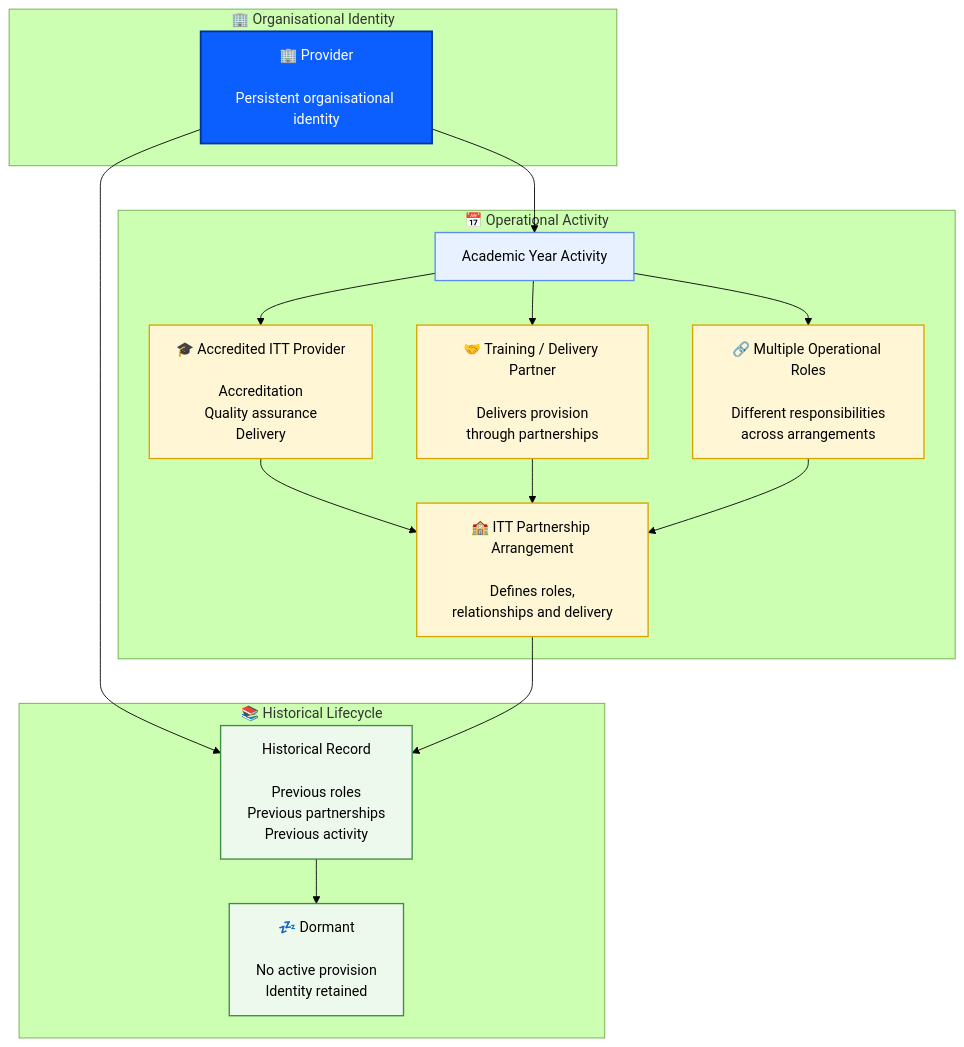
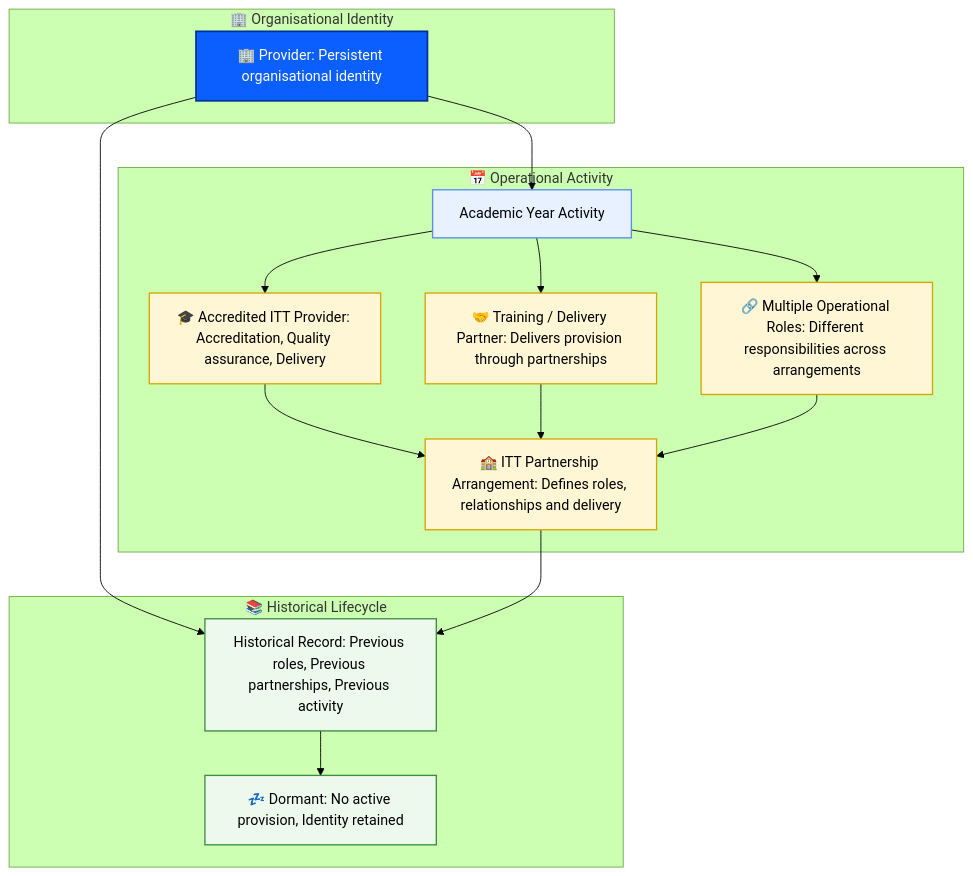
The diagram in adr/00010-rotp-identifier.md (DFE-Digital/register-training-providers), drawn with Mermaid (forest theme) before and after one commit.

Commit message:
[0499] Fixed github rendering

````diff
--- a/adr/00010-rotp-identifier.md
+++ b/adr/00010-rotp-identifier.md
@@ -80,66 +80,66 @@
 ```mermaid
 flowchart TD
 
     %% =====================================================================
     %% Core Identity
     %% =====================================================================
 
     subgraph Identity["🏢 Organisational Identity"]
-        Provider["🏢 Provider<br/><br/>Persistent organisational identity"]
+        Provider["🏢 Provider: Persistent organisational identity"]
     end
 
     %% =====================================================================
     %% Operational Activity
     %% =====================================================================
 
     subgraph Operations["📅 Operational Activity"]
         Activity["Academic Year Activity"]
 
-        Accredited["🎓 Accredited ITT Provider<br/><br/>Accreditation<br/>Quality assurance<br/>Delivery"]
+        Accredited["🎓 Accredited ITT Provider: Accreditation, Quality assurance, Delivery"]
 
-        Delivery["🤝 Training / Delivery Partner<br/><br/>Delivers provision<br/>through partnerships"]
+        Delivery["🤝 Training / Delivery Partner: Delivers provision through partnerships"]
 
-        Multiple["🔗 Multiple Operational Roles<br/><br/>Different responsibilities<br/>across arrangements"]
+        Multiple["🔗 Multiple Operational Roles: Different responsibilities across arrangements"]
 
-        Partnership["🏫 ITT Partnership Arrangement<br/><br/>Defines roles,<br/>relationships and delivery"]
+        Partnership["🏫 ITT Partnership Arrangement: Defines roles, relationships and delivery"]
     end
 
     %% =====================================================================
     %% Historical Lifecycle
     %% =====================================================================
 
     subgraph Lifecycle["📚 Historical Lifecycle"]
-        History["Historical Record<br/><br/>Previous roles<br/>Previous partnerships<br/>Previous activity"]
+        History["Historical Record: Previous roles, Previous partnerships, Previous activity"]
 
-        Dormant["💤 Dormant<br/><br/>No active provision<br/>Identity retained"]
+        Dormant["💤 Dormant: No active provision, Identity retained"]
     end
 
     %% Identity
     Provider --> Activity
 
     %% Activity
     Activity --> Accredited
     Activity --> Delivery
     Activity --> Multiple
 
     %% Operational roles
     Accredited --> Partnership
     Delivery --> Partnership
     Multiple --> Partnership
 
     %% Historical continuity
     Provider --> History
     Partnership --> History
     History --> Dormant
 
     %% Styling
     classDef provider fill:#0b5fff,color:#fff,stroke:#003399,stroke-width:2px;
     classDef activity fill:#e8f1ff,stroke:#5a8dee,stroke-width:1.5px;
     classDef role fill:#fff6d6,stroke:#d6a600,stroke-width:1.5px;
     classDef history fill:#eef9ee,stroke:#3c8d40,stroke-width:1.5px;
 
     class Provider provider;
     class Activity activity;
     class Accredited,Delivery,Multiple,Partnership role;
     class History,Dormant history;
 ```
````
